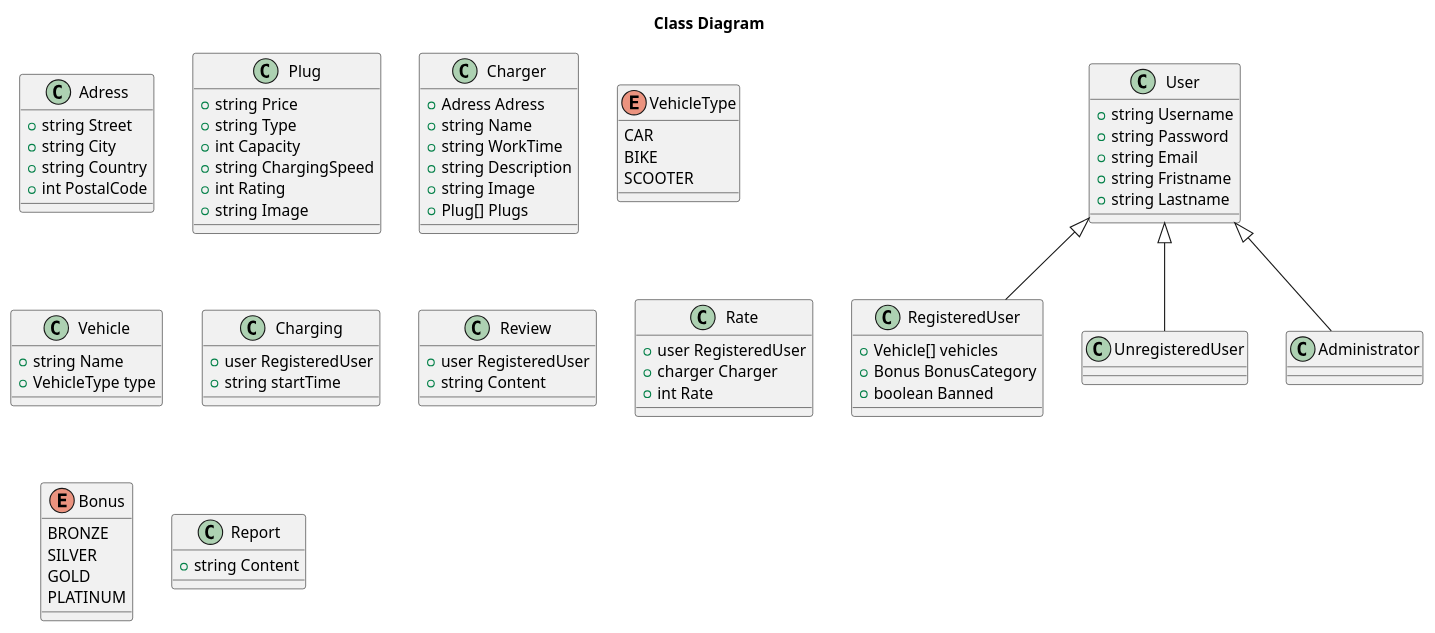
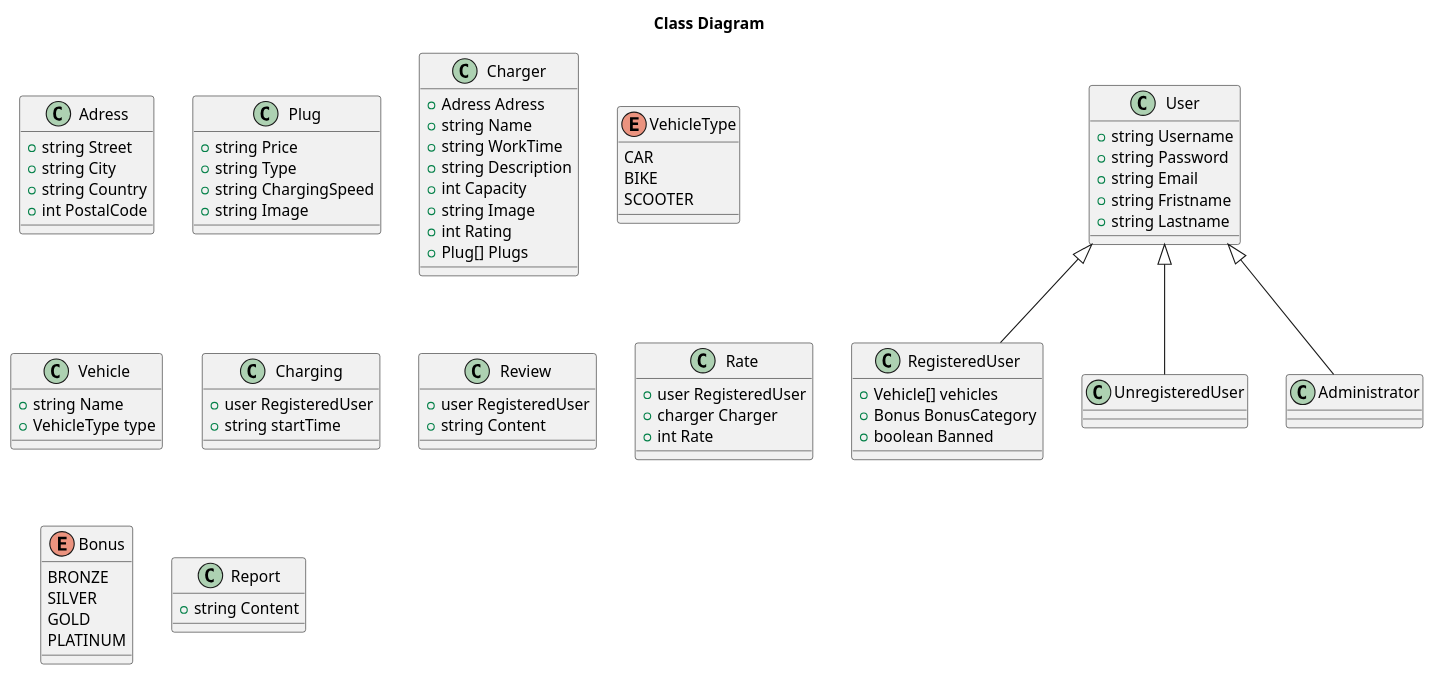
One commit to BoJaN77799/e-chargers changed the diagram in e-chargers.puml. Above: the diagram before and after it, drawn with PlantUML. The commit also changed 12 other files, not shown here.

```diff
--- a/e-chargers.puml
+++ b/e-chargers.puml
@@ -1,86 +1,86 @@
 @startuml
 
 title Class Diagram
 
 class Adress {
   +string Street
   +string City
   +string Country
   +int PostalCode
 }
 
 class Plug {
     +string Price
     +string Type
-    +int Capacity
     +string ChargingSpeed
-    +int Rating
     +string Image
 }
 
 class Charger {
   +Adress Adress
   +string Name
   +string WorkTime
   +string Description
+  +int Capacity
   +string Image
+  +int Rating
   +Plug[] Plugs
 }
 
 class User {
     +string Username
     +string Password
     +string Email
     +string Fristname
     +string Lastname
 }
 
 enum VehicleType {
     CAR
     BIKE
     SCOOTER
 }
 
 class Vehicle {
     +string Name
     +VehicleType type
 }
 
 class RegisteredUser {
     +Vehicle[] vehicles
     +Bonus BonusCategory
     +boolean Banned
 }
 
 User <|-- RegisteredUser
 User <|-- UnregisteredUser
 User <|-- Administrator
 
 class Charging {
     +user RegisteredUser
     +string startTime
 }
 
 class Review {
     +user RegisteredUser
     +string Content
 }
 
 class Rate {
     +user RegisteredUser
     +charger Charger
     +int Rate
 }
 
 enum Bonus {
     BRONZE
     SILVER
     GOLD
     PLATINUM
 }
 
 class Report {
     +string Content
 }
 
 @enduml
```
